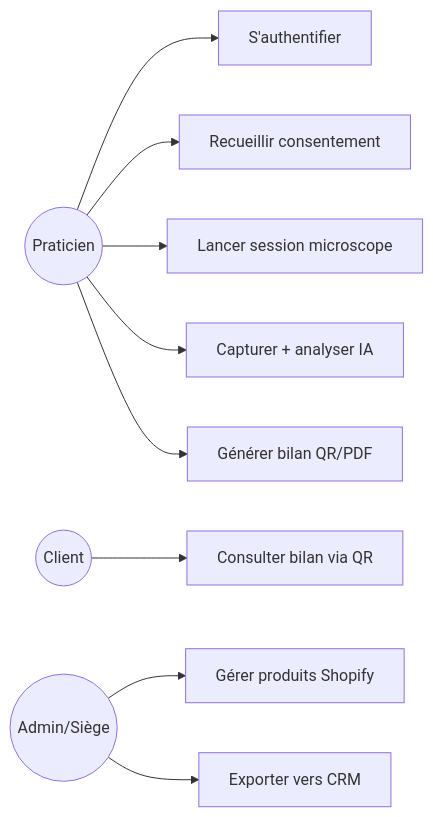
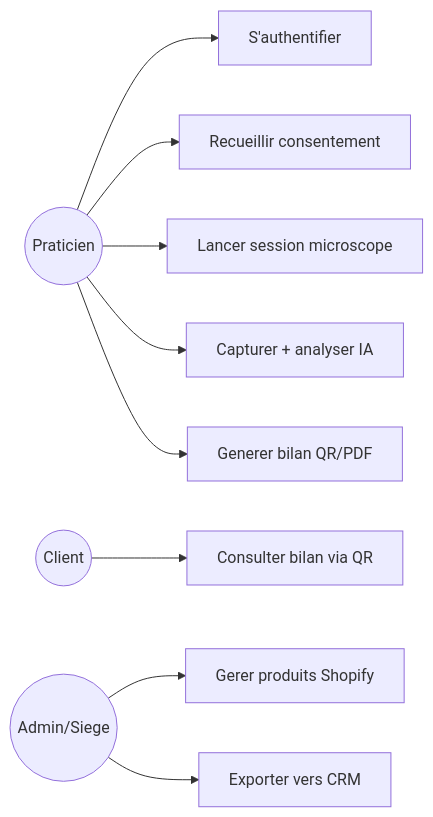
Before and after one commit to Wazadriano/projet-miroirIoT: the first of 3 diagrams in docs/DOCUMENT-COMPLET-RNCP.md, drawn with Mermaid. The commit also changed other lines of this file and 15 other files, not shown here.

````diff
--- a/docs/DOCUMENT-COMPLET-RNCP.md
+++ b/docs/DOCUMENT-COMPLET-RNCP.md
@@ -262,12 +301,12 @@
 ```mermaid
 graph LR
-  Praticien((Praticien)); Client((Client)); Admin((Admin/Siège))
+  Praticien((Praticien)); Client((Client)); Admin((Admin/Siege))
   Praticien --> A[S'authentifier]
   Praticien --> B[Recueillir consentement]
   Praticien --> C[Lancer session microscope]
   Praticien --> D[Capturer + analyser IA]
-  Praticien --> E[Générer bilan QR/PDF]
+  Praticien --> E[Generer bilan QR/PDF]
   Client --> F[Consulter bilan via QR]
-  Admin --> G[Gérer produits Shopify]
+  Admin --> G[Gerer produits Shopify]
   Admin --> H[Exporter vers CRM]
 ```
````
